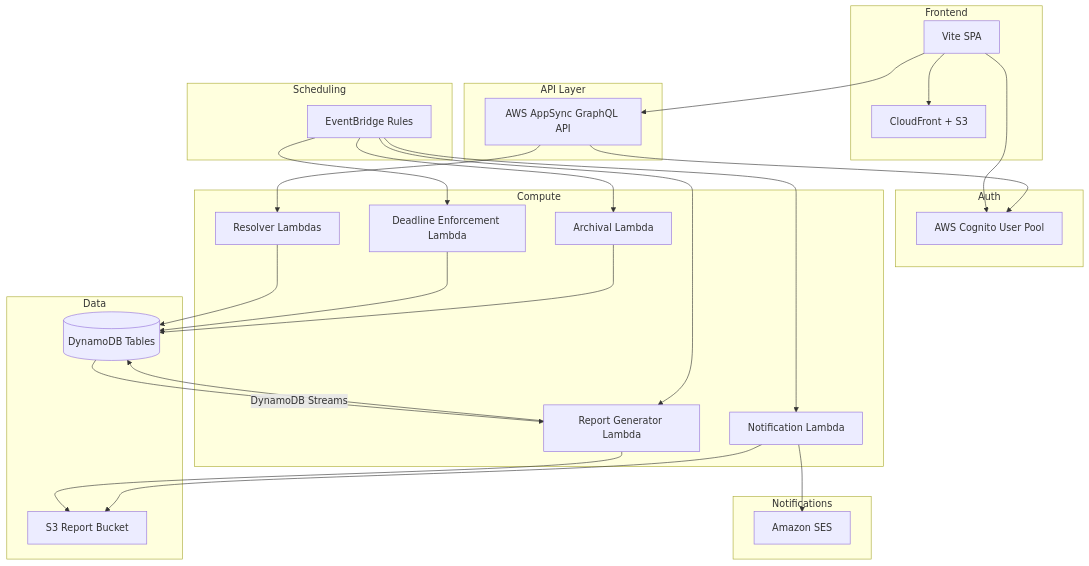
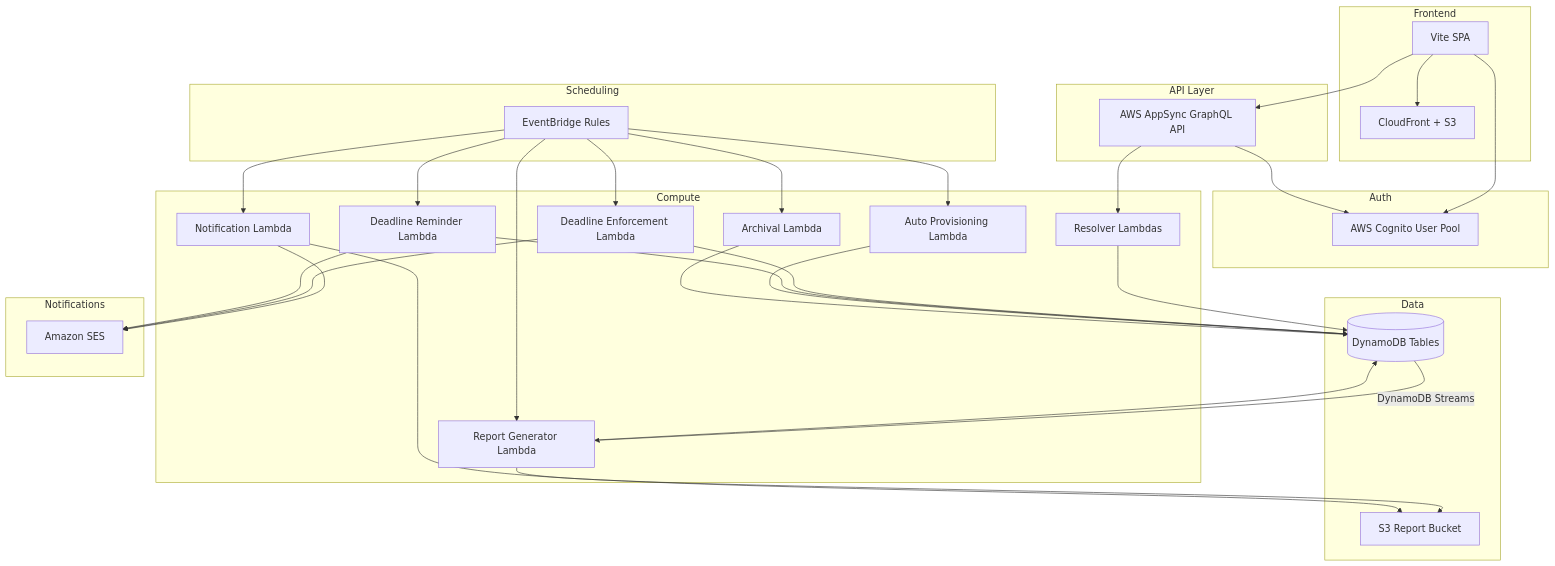
One commit to GaTheLy/axrail_timesheet_backend changed the first of 3 diagrams in .kiro/specs/employee-timesheet-management/design.md. Above: the diagram before and after it, drawn with Mermaid. The commit also changed other lines of this file and 80 other files, not shown here.

````diff
--- a/.kiro/specs/employee-timesheet-management/design.md
+++ b/.kiro/specs/employee-timesheet-management/design.md
@@ -21,54 +22,62 @@
 ```mermaid
 graph TB
     subgraph "Frontend"
         CF[CloudFront + S3]
         SPA[Vite SPA]
     end
 
     subgraph "Auth"
         COG[AWS Cognito User Pool]
     end
 
     subgraph "API Layer"
         AS[AWS AppSync GraphQL API]
     end
 
     subgraph "Compute"
         RES_L[Resolver Lambdas]
         RPT_L[Report Generator Lambda]
         NOTIF_L[Notification Lambda]
-        LOCK_L[Deadline Enforcement Lambda]
+        DEADLINE_L[Deadline Enforcement Lambda]
+        REMIND_L[Deadline Reminder Lambda]
+        PROV_L[Auto Provisioning Lambda]
         ARCH_L[Archival Lambda]
     end
 
     subgraph "Data"
         DDB[(DynamoDB Tables)]
         S3R[S3 Report Bucket]
     end
 
     subgraph "Scheduling"
         EB[EventBridge Rules]
     end
 
     subgraph "Notifications"
         SES[Amazon SES]
     end
 
     SPA --> CF
     SPA --> COG
     SPA --> AS
     AS --> COG
     AS --> RES_L
     RES_L --> DDB
     RPT_L --> DDB
     RPT_L --> S3R
     NOTIF_L --> S3R
     NOTIF_L --> SES
-    LOCK_L --> DDB
+    DEADLINE_L --> DDB
+    DEADLINE_L --> SES
+    REMIND_L --> DDB
+    REMIND_L --> SES
+    PROV_L --> DDB
     ARCH_L --> DDB
-    EB --> LOCK_L
+    EB --> DEADLINE_L
+    EB --> REMIND_L
+    EB --> PROV_L
     EB --> RPT_L
     EB --> NOTIF_L
     EB --> ARCH_L
     DDB -- "DynamoDB Streams" --> RPT_L
 ```
````
